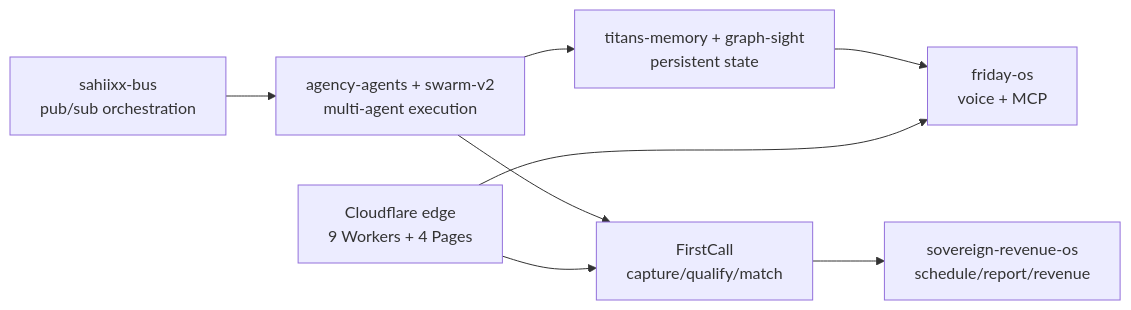
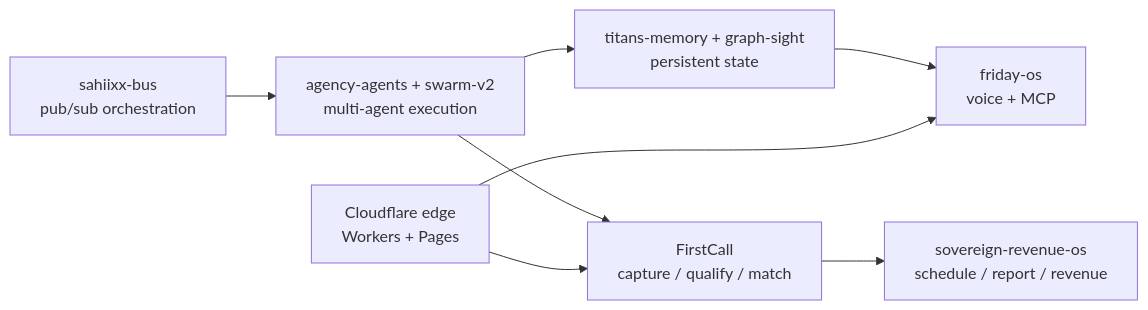
The diagram in README.md (sahiixx/sahiixx), drawn with Mermaid before and after one commit. The commit also changed other lines of this file and 1 other file, not shown here.

````diff
--- a/README.md
+++ b/README.md
@@ -61,10 +59,10 @@
 ```mermaid
 flowchart LR
     BUS["sahiixx-bus<br/>pub/sub orchestration"] --> SWARM["agency-agents + swarm-v2<br/>multi-agent execution"]
     SWARM --> MEM["titans-memory + graph-sight<br/>persistent state"]
-    SWARM --> FC["FirstCall<br/>capture/qualify/match"]
-    FC --> REV["sovereign-revenue-os<br/>schedule/report/revenue"]
+    SWARM --> FC["FirstCall<br/>capture / qualify / match"]
+    FC --> REV["sovereign-revenue-os<br/>schedule / report / revenue"]
     MEM --> PA["friday-os<br/>voice + MCP"]
-    EDGE["Cloudflare edge<br/>9 Workers + 4 Pages"] --> FC
+    EDGE["Cloudflare edge<br/>Workers + Pages"] --> FC
     EDGE --> PA
 ```
````
